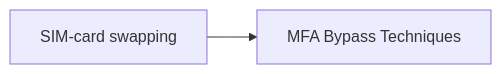
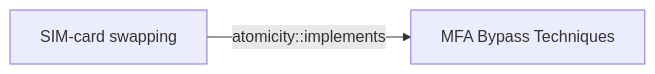
One commit to opentidehq/library changed the diagram in docs/threats/sim-card-swapping.md. Above: the diagram before and after it, drawn with Mermaid. The commit also changed other lines of this file and 277 other files, not shown here.

````diff
--- a/docs/threats/sim-card-swapping.md
+++ b/docs/threats/sim-card-swapping.md
@@ -33,6 +74,6 @@
 ```mermaid
 flowchart LR
 6a7a493a_511a_4c9d_aa9c_4427c832a322["SIM-card swapping"]
 4a807ac4_f764_41b1_ae6f_94239041d349["MFA Bypass Techniques"]
-6a7a493a_511a_4c9d_aa9c_4427c832a322 --> 4a807ac4_f764_41b1_ae6f_94239041d349
+6a7a493a_511a_4c9d_aa9c_4427c832a322 -->|atomicity::implements| 4a807ac4_f764_41b1_ae6f_94239041d349
 ```
````
